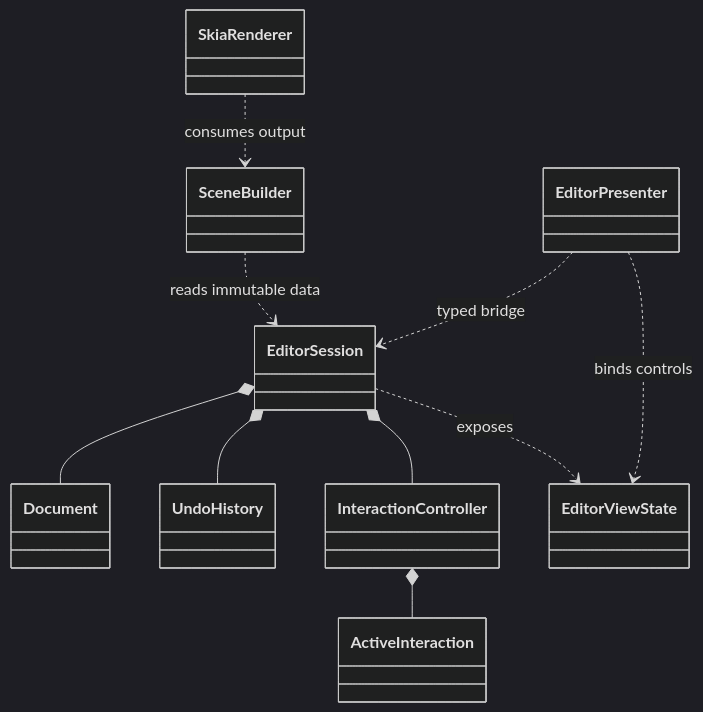
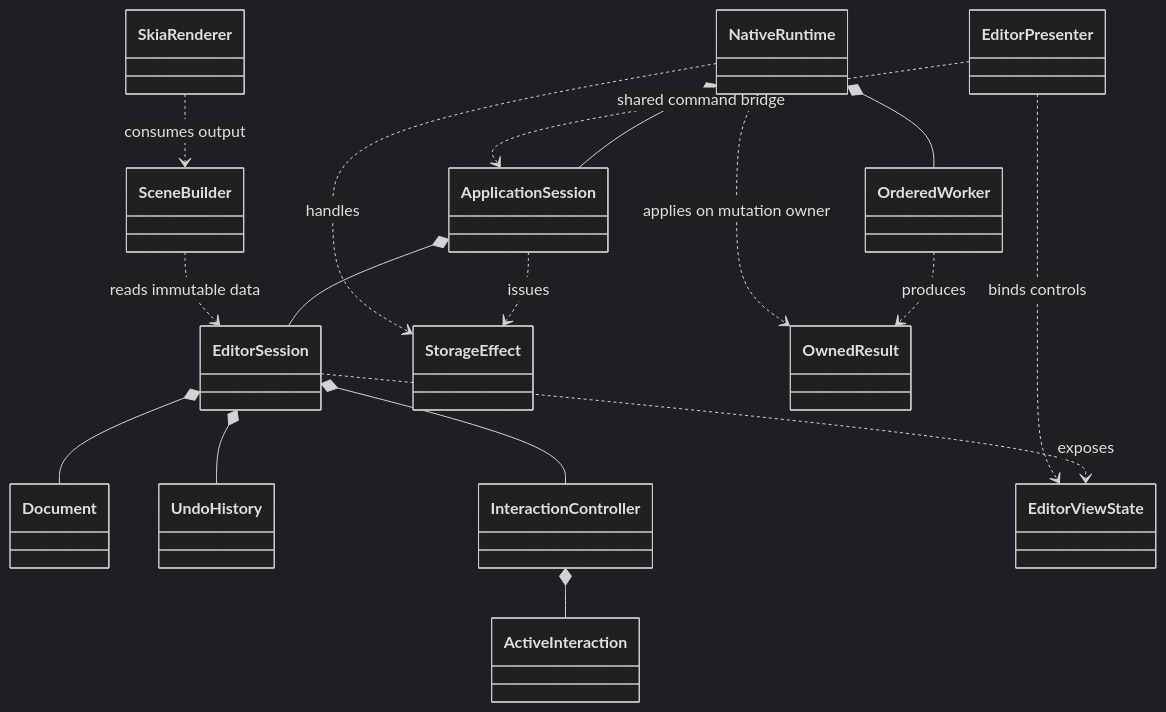
Before and after one commit to AlexandrLesiv/nativesketch: the first of 2 diagrams in docs/architecture/contracts.md, drawn with Mermaid (dark theme). The commit also changed other lines of this file and 1 other file, not shown here.

Commit message:
Carry shared dispatcher ownership into platform migration contracts

````diff
--- a/docs/architecture/contracts.md
+++ b/docs/architecture/contracts.md
@@ -59,12 +67,19 @@
 ```mermaid
 classDiagram
+    ApplicationSession *-- EditorSession
+    NativeRuntime *-- ApplicationSession
+    ApplicationSession ..> StorageEffect : issues
+    NativeRuntime ..> StorageEffect : handles
+    NativeRuntime *-- OrderedWorker
+    OrderedWorker ..> OwnedResult : produces
+    NativeRuntime ..> OwnedResult : applies on mutation owner
     EditorSession *-- Document
     EditorSession *-- UndoHistory
     EditorSession *-- InteractionController
     InteractionController *-- ActiveInteraction
     EditorSession ..> EditorViewState : exposes
     SceneBuilder ..> EditorSession : reads immutable data
     SkiaRenderer ..> SceneBuilder : consumes output
     EditorPresenter ..> EditorViewState : binds controls
-    EditorPresenter ..> EditorSession : typed bridge
+    EditorPresenter ..> ApplicationSession : shared command bridge
 ```
````
